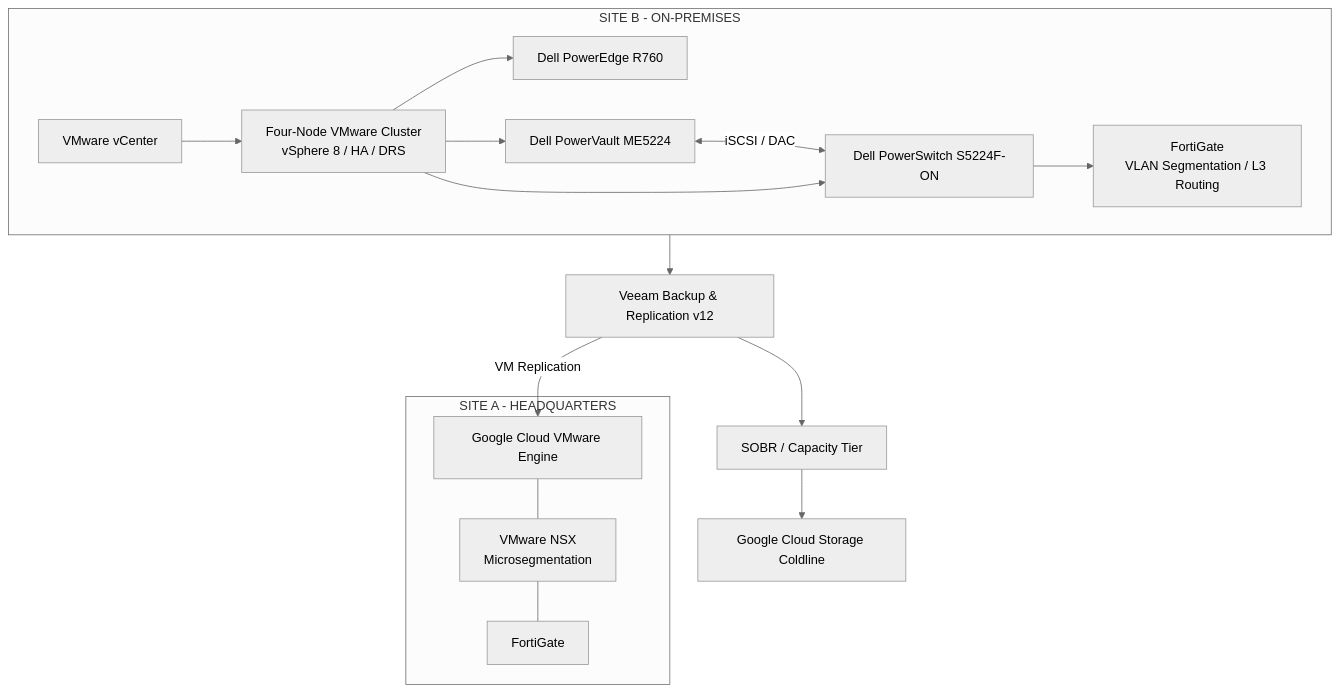
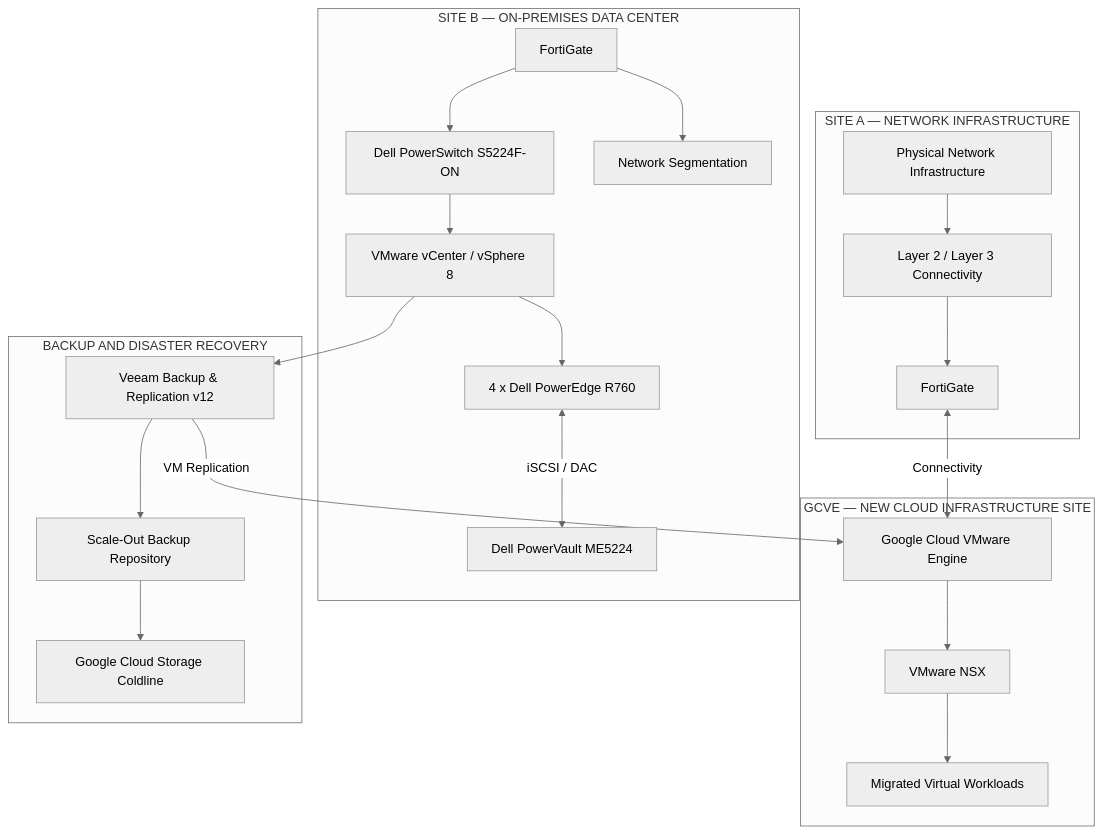
The diagram in README.md (CarloshZeferino/datacenter-modernization-private-cloud-migration), drawn with Mermaid (neutral theme) before and after one commit. The commit also changed other lines of this file, not shown here.

````diff
--- a/README.md
+++ b/README.md
@@ -67,35 +79,48 @@
-```mermaid
+```mermaid id="eng3site"
 flowchart TB
-    subgraph SA["SITE A - HEADQUARTERS"]
-        GCA["Google Cloud VMware Engine"]
-        NSA["VMware NSX<br/>Microsegmentation"]
-        FWA["FortiGate"]
-        GCA --- NSA
-        NSA --- FWA
+
+    subgraph SITEA["SITE A — NETWORK INFRASTRUCTURE"]
+        A_NET["Physical Network Infrastructure"]
+        A_L2L3["Layer 2 / Layer 3 Connectivity"]
+        A_FW["FortiGate"]
+
+        A_NET --> A_L2L3
+        A_L2L3 --> A_FW
     end
 
-    subgraph SB["SITE B - ON-PREMISES"]
-        VC["VMware vCenter"]
-        CL["Four-Node VMware Cluster<br/>vSphere 8 / HA / DRS"]
-        PE["Dell PowerEdge R760"]
-        ME["Dell PowerVault ME5224"]
-        SW["Dell PowerSwitch S5224F-ON"]
-        FWB["FortiGate<br/>VLAN Segmentation / L3 Routing"]
+    subgraph GCVE["GCVE — NEW CLOUD INFRASTRUCTURE SITE"]
+        G_VMWARE["Google Cloud VMware Engine"]
+        G_NSX["VMware NSX"]
+        G_VMS["Migrated Virtual Workloads"]
 
-        VC --> CL
-        CL --> PE
-        CL --> ME
-        ME <-->|"iSCSI / DAC"| SW
-        CL --> SW
-        SW --> FWB
+        G_VMWARE --> G_NSX
+        G_NSX --> G_VMS
     end
 
-    VEEAM["Veeam Backup & Replication v12"]
-    SOBR["SOBR / Capacity Tier"]
-    GCS["Google Cloud Storage Coldline"]
+    subgraph SITEB["SITE B — ON-PREMISES DATA CENTER"]
+        B_FW["FortiGate"]
+        B_SW["Dell PowerSwitch S5224F-ON"]
+        B_VC["VMware vCenter / vSphere 8"]
+        B_ESX["4 x Dell PowerEdge R760"]
+        B_ST["Dell PowerVault ME5224"]
+        B_SEG["Network Segmentation"]
 
-    SB --> VEEAM
-    VEEAM -->|"VM Replication"| GCA
+        B_FW --> B_SW
+        B_SW --> B_VC
+        B_VC --> B_ESX
+        B_ESX <-->|iSCSI / DAC| B_ST
+        B_FW --> B_SEG
+    end
+
+    subgraph BACKUP["BACKUP AND DISASTER RECOVERY"]
+        VEEAM["Veeam Backup & Replication v12"]
+        SOBR["Scale-Out Backup Repository"]
+        GCS["Google Cloud Storage Coldline"]
+    end
+
+    A_FW <-->|Connectivity| G_VMWARE
+    B_VC --> VEEAM
     VEEAM --> SOBR
     SOBR --> GCS
+    VEEAM -->|"VM Replication"| G_VMWARE
 ```
````
